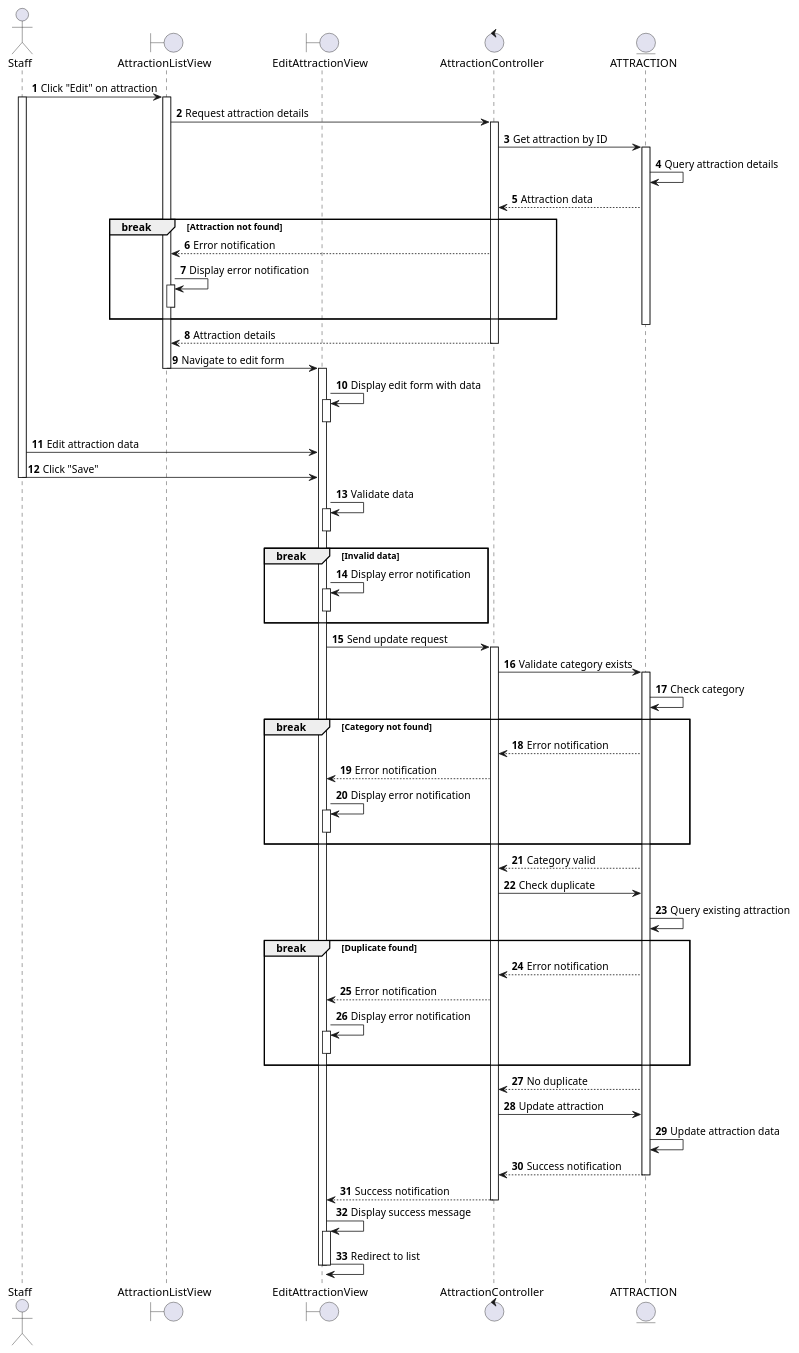
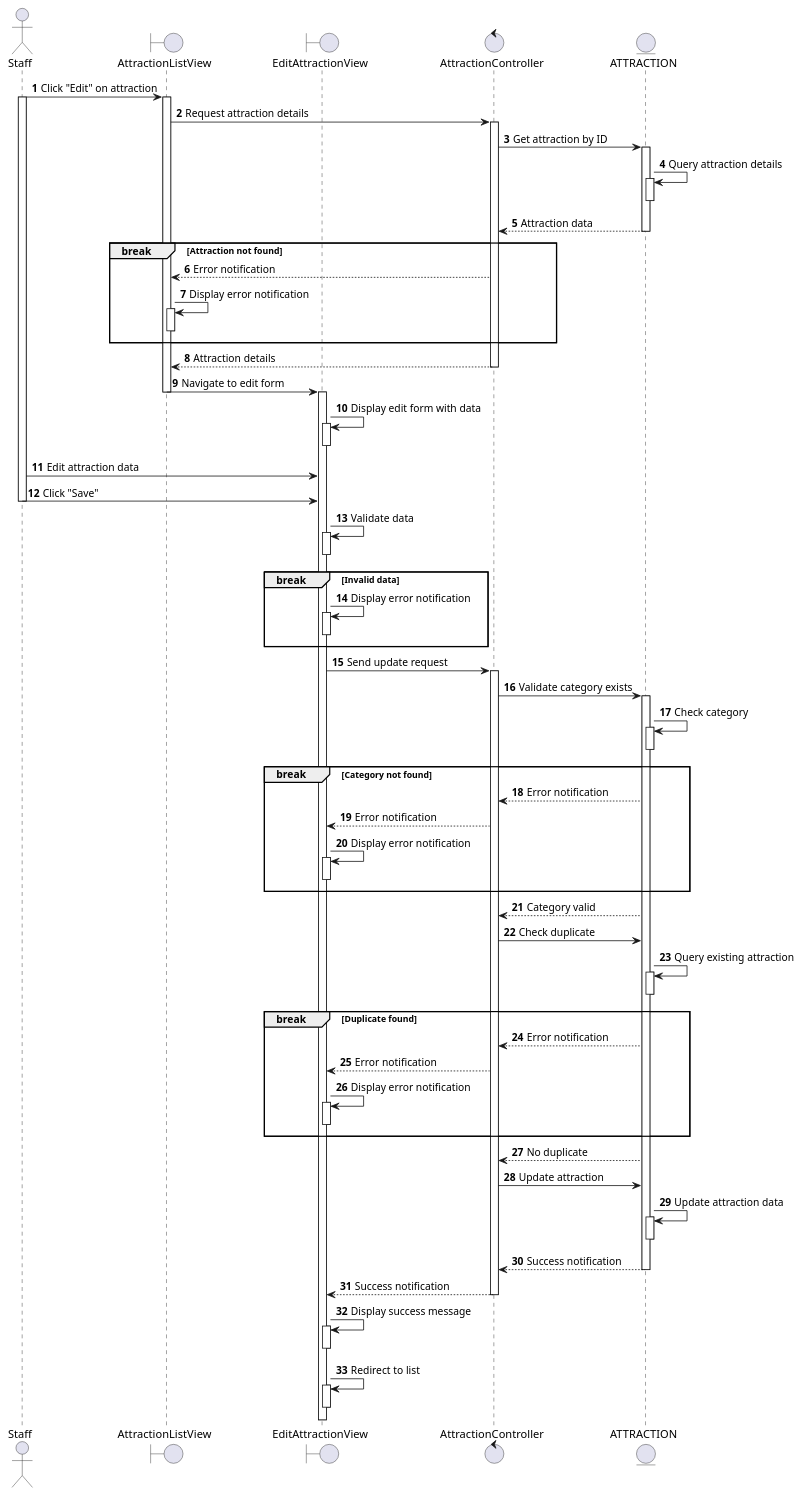
Before and after one commit to se113-wm/se113-wm.github.io: the diagram in docs/docs/sequence/manage-attraction/edit-attraction-detail.md, drawn with PlantUML. The commit also changed 37 other files, not shown here.

First line of the commit message:
Refactor sequence diagrams for booking and trip management

```diff
--- a/docs/docs/sequence/manage-attraction/edit-attraction-detail.md
+++ b/docs/docs/sequence/manage-attraction/edit-attraction-detail.md
@@ -18,7 +18,10 @@
 AC -> ATR: Get attraction by ID
 activate ATR
 ATR -> ATR: Query attraction details
+activate ATR
+deactivate ATR
 AC <-- ATR: Attraction data
+deactivate ATR
 
 break Attraction not found
   ALV <-- AC: Error notification
@@ -55,6 +58,9 @@
 AC -> ATR: Validate category exists
 activate ATR
 ATR -> ATR: Check category
+activate ATR
+deactivate ATR
+
 
 break Category not found
   AC <-- ATR: Error notification
@@ -67,6 +73,9 @@
 AC <-- ATR: Category valid
 AC -> ATR: Check duplicate
 ATR -> ATR: Query existing attraction
+activate ATR
+deactivate ATR
+
 
 break Duplicate found
   AC <-- ATR: Error notification
@@ -79,14 +88,17 @@
 AC <-- ATR: No duplicate
 AC -> ATR: Update attraction
 ATR -> ATR: Update attraction data
+activate ATR
+deactivate ATR
 AC <-- ATR: Success notification
 deactivate ATR
 EAV <-- AC: Success notification
 deactivate AC
 EAV -> EAV: Display success message
 activate EAV
+deactivate EAV
 EAV -> EAV: Redirect to list
-deactivate EAV
+activate EAV
 deactivate EAV
 
 @enduml
```
